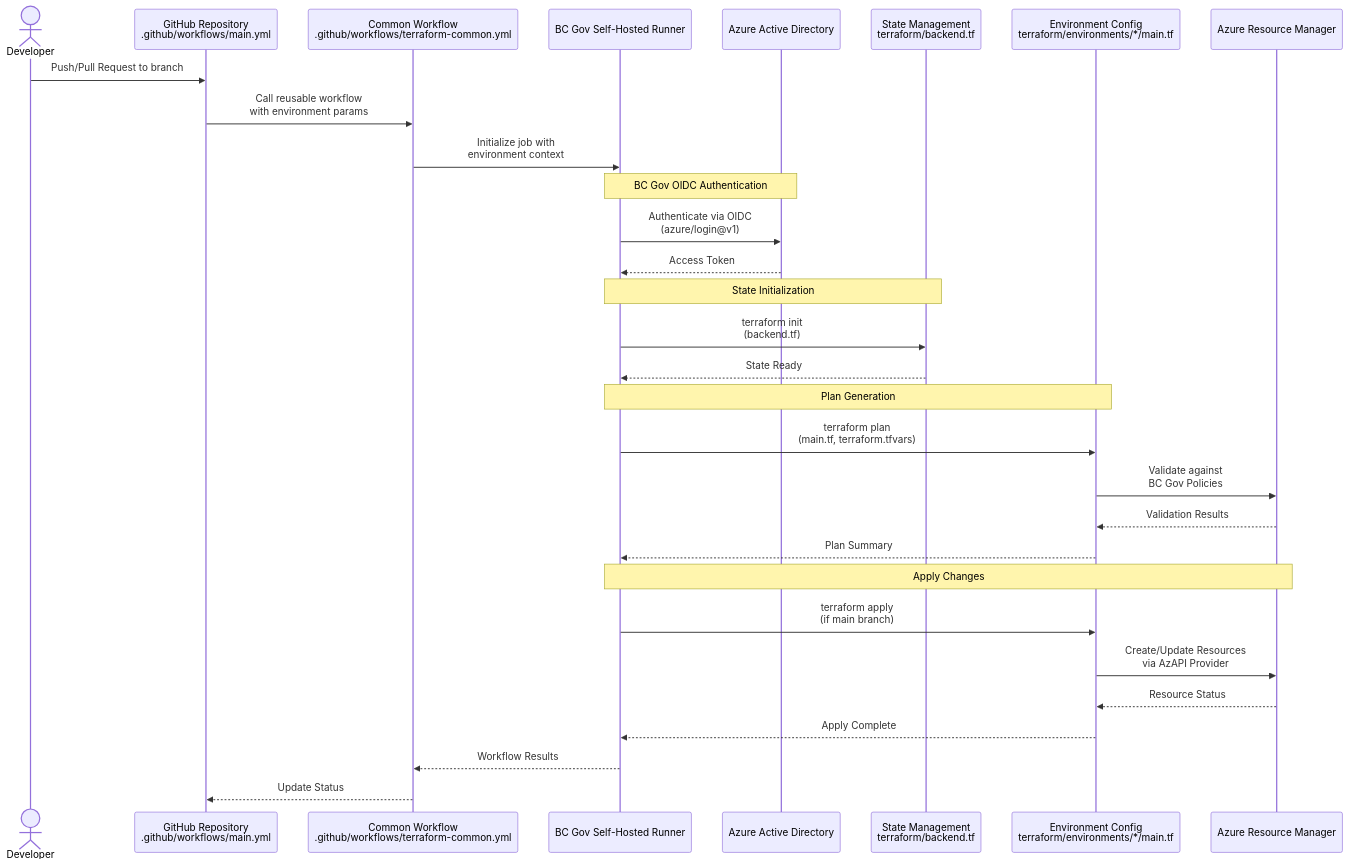
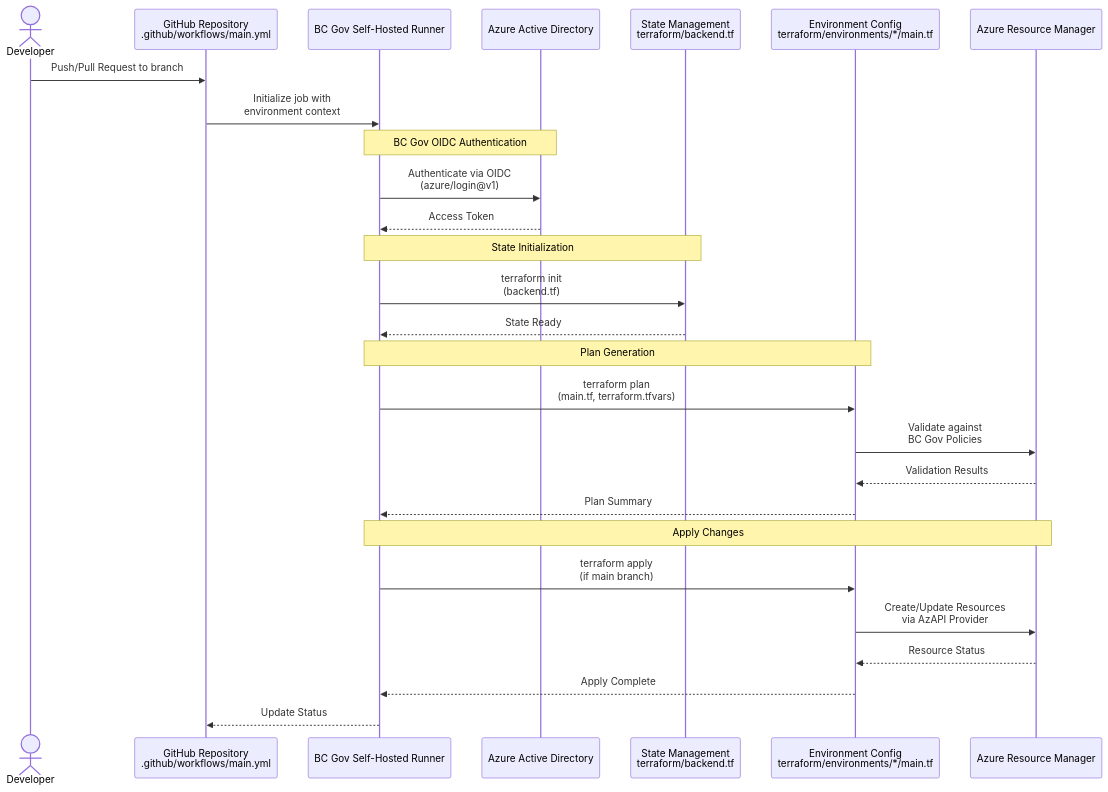
One commit to bcgov/AzureFilesPoC changed the diagram in Resources/BCGov-TerraformWithGithubActionsProcess.md. Above: the diagram before and after it, drawn with Mermaid. The commit also changed other lines of this file and 7 other files, not shown here.

````diff
--- a/Resources/BCGov-TerraformWithGithubActionsProcess.md
+++ b/Resources/BCGov-TerraformWithGithubActionsProcess.md
@@ -119,38 +69,35 @@
 ```mermaid
 sequenceDiagram
     actor Developer
     participant GitHub as GitHub Repository<br/>.github/workflows/main.yml
-    participant CommonFlow as Common Workflow<br/>.github/workflows/terraform-common.yml
     participant Runner as BC Gov Self-Hosted Runner
     participant AzureAD as Azure Active Directory
     participant TFState as State Management<br/>terraform/backend.tf
     participant TFConfig as Environment Config<br/>terraform/environments/*/main.tf
     participant Azure as Azure Resource Manager
 
     Developer->>GitHub: Push/Pull Request to branch
-    GitHub->>CommonFlow: Call reusable workflow<br/>with environment params
-    CommonFlow->>Runner: Initialize job with<br/>environment context
+    GitHub->>Runner: Initialize job with<br/>environment context
     
     Note over Runner,AzureAD: BC Gov OIDC Authentication
     Runner->>AzureAD: Authenticate via OIDC<br/>(azure/login@v1)
     AzureAD-->>Runner: Access Token
     
     Note over Runner,TFState: State Initialization
     Runner->>TFState: terraform init<br/>(backend.tf)
     TFState-->>Runner: State Ready
     
     Note over Runner,TFConfig: Plan Generation
     Runner->>TFConfig: terraform plan<br/>(main.tf, terraform.tfvars)
     TFConfig->>Azure: Validate against<br/>BC Gov Policies
     Azure-->>TFConfig: Validation Results
     TFConfig-->>Runner: Plan Summary
     
     Note over Runner,Azure: Apply Changes
     Runner->>TFConfig: terraform apply<br/>(if main branch)
     TFConfig->>Azure: Create/Update Resources<br/>via AzAPI Provider
     Azure-->>TFConfig: Resource Status
     TFConfig-->>Runner: Apply Complete
     
-    Runner-->>CommonFlow: Workflow Results
-    CommonFlow-->>GitHub: Update Status
+    Runner-->>GitHub: Update Status
 ```
````
